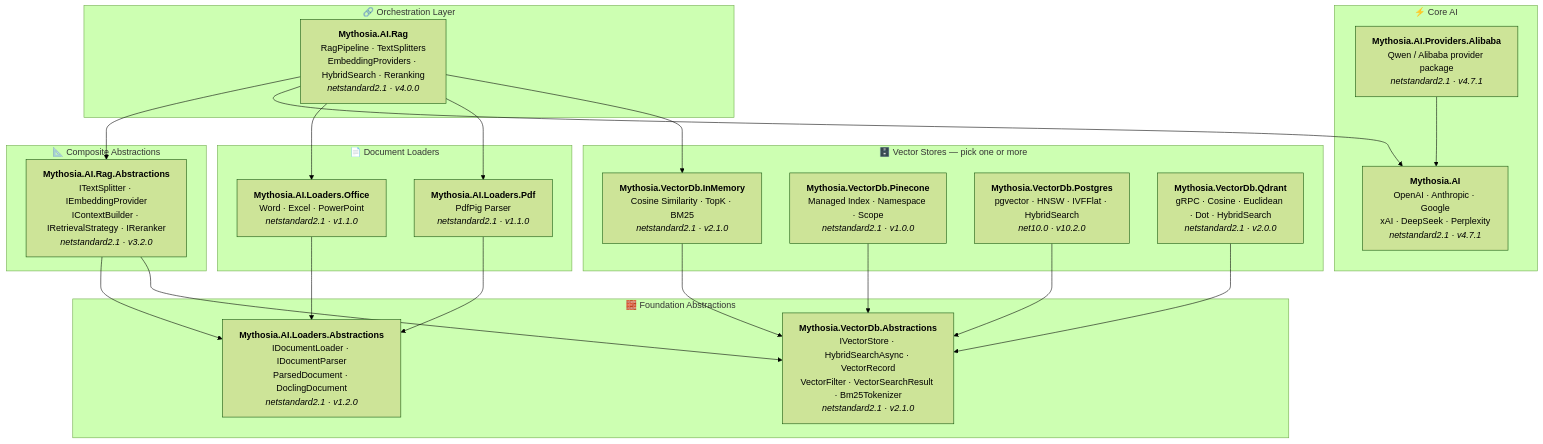
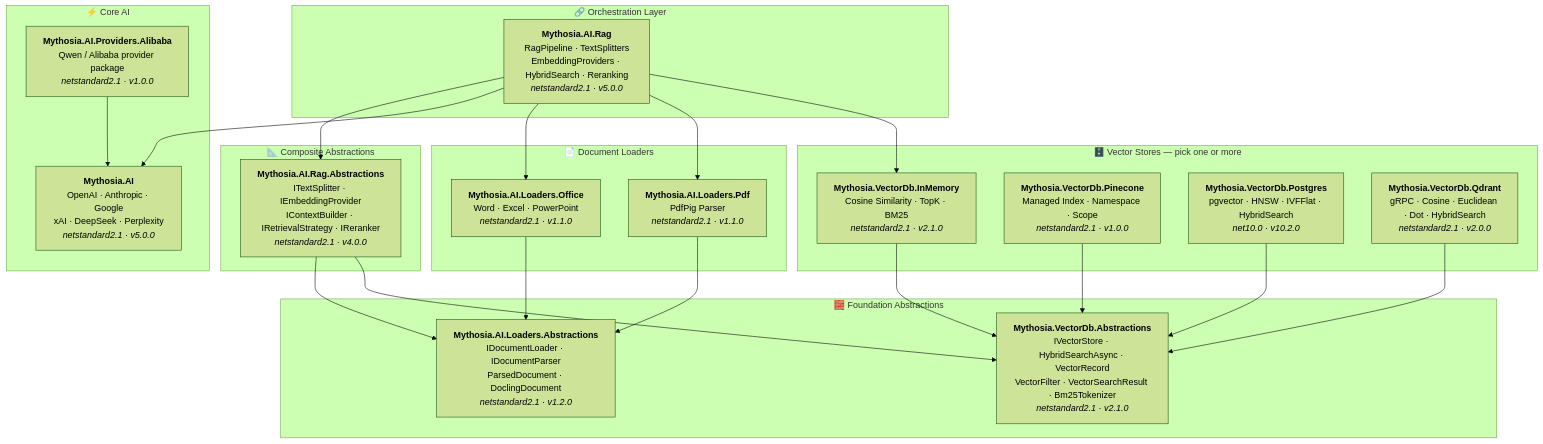
One commit to AJ-comp/Mythosia.AI changed the diagram in README.md. Above: the diagram before and after it, drawn with Mermaid (forest theme). The commit also changed 39 other files, not shown here.

First line of the commit message:
feat(ChatUi): add Alibaba (Qwen) provider support and refactor UI architecture

````diff
--- a/README.md
+++ b/README.md
@@ -58,56 +58,56 @@
 ```mermaid
 graph TD
     subgraph "🔗 Orchestration Layer"
-        Rag["<b>Mythosia.AI.Rag</b><br/>RagPipeline · TextSplitters<br/>EmbeddingProviders · HybridSearch · Reranking<br/><i>netstandard2.1 · v4.0.0</i>"]
-    end
-
-    subgraph "📐 Composite Abstractions"
-        RagAbs["<b>Mythosia.AI.Rag.Abstractions</b><br/>ITextSplitter · IEmbeddingProvider<br/>IContextBuilder · IRetrievalStrategy · IReranker<br/><i>netstandard2.1 · v3.2.0</i>"]
+        Rag["<b>Mythosia.AI.Rag</b><br/>RagPipeline · TextSplitters<br/>EmbeddingProviders · HybridSearch · Reranking<br/><i>netstandard2.1 · v5.0.0</i>"]
     end
 
     subgraph "⚡ Core AI"
-        AI["<b>Mythosia.AI</b><br/>OpenAI · Anthropic · Google<br/>xAI · DeepSeek · Perplexity<br/><i>netstandard2.1 · v4.7.1</i>"]
-        Alibaba["<b>Mythosia.AI.Providers.Alibaba</b><br/>Qwen / Alibaba provider package<br/><i>netstandard2.1 · v4.7.1</i>"]
+        AI["<b>Mythosia.AI</b><br/>OpenAI · Anthropic · Google<br/>xAI · DeepSeek · Perplexity<br/><i>netstandard2.1 · v5.0.0</i>"]
+        Alibaba["<b>Mythosia.AI.Providers.Alibaba</b><br/>Qwen / Alibaba provider package<br/><i>netstandard2.1 · v1.0.0</i>"]
     end
 
     subgraph "📄 Document Loaders"
         Office["<b>Mythosia.AI.Loaders.Office</b><br/>Word · Excel · PowerPoint<br/><i>netstandard2.1 · v1.1.0</i>"]
         Pdf["<b>Mythosia.AI.Loaders.Pdf</b><br/>PdfPig Parser<br/><i>netstandard2.1 · v1.1.0</i>"]
+    end
+
+    subgraph "📐 Composite Abstractions"
+        RagAbs["<b>Mythosia.AI.Rag.Abstractions</b><br/>ITextSplitter · IEmbeddingProvider<br/>IContextBuilder · IRetrievalStrategy · IReranker<br/><i>netstandard2.1 · v4.0.0</i>"]
     end
 
     subgraph "🗄️ Vector Stores — pick one or more"
         InMem["<b>Mythosia.VectorDb.InMemory</b><br/>Cosine Similarity · TopK · BM25<br/><i>netstandard2.1 · v2.1.0</i>"]
         Pine["<b>Mythosia.VectorDb.Pinecone</b><br/>Managed Index · Namespace · Scope<br/><i>netstandard2.1 · v1.0.0</i>"]
         Pg["<b>Mythosia.VectorDb.Postgres</b><br/>pgvector · HNSW · IVFFlat · HybridSearch<br/><i>net10.0 · v10.2.0</i>"]
         Qd["<b>Mythosia.VectorDb.Qdrant</b><br/>gRPC · Cosine · Euclidean · Dot · HybridSearch<br/><i>netstandard2.1 · v2.0.0</i>"]
     end
 
     subgraph "🧱 Foundation Abstractions"
         LoaderAbs["<b>Mythosia.AI.Loaders.Abstractions</b><br/>IDocumentLoader · IDocumentParser<br/>ParsedDocument · DoclingDocument<br/><i>netstandard2.1 · v1.2.0</i>"]
         VdbAbs["<b>Mythosia.VectorDb.Abstractions</b><br/>IVectorStore · HybridSearchAsync · VectorRecord<br/>VectorFilter · VectorSearchResult · Bm25Tokenizer<br/><i>netstandard2.1 · v2.1.0</i>"]
     end
 
     %% Orchestration → dependencies
     Rag --> RagAbs
     Rag --> AI
     Rag --> Office
     Rag --> Pdf
     Rag --> InMem
 
     %% Provider packages → core
     Alibaba --> AI
 
     %% Composite → Foundation
     RagAbs --> LoaderAbs
     RagAbs --> VdbAbs
 
     %% Loaders → Foundation
     Office --> LoaderAbs
     Pdf --> LoaderAbs
 
     %% VectorStores → Foundation
     InMem --> VdbAbs
     Pine --> VdbAbs
     Pg --> VdbAbs
     Qd --> VdbAbs
 ```
````
